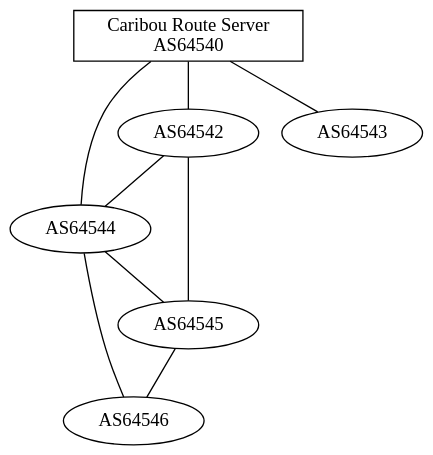
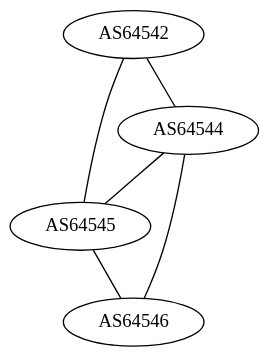
One commit to GLaNET/resources changed the diagram in as-graph.dot. Above: the diagram before and after it, drawn with Graphviz.

Commit message:
glanet: updating AS graph

```diff
--- a/as-graph.dot
+++ b/as-graph.dot
@@ -1,19 +1,19 @@
 graph GLaNET
 {
         edge [len=2];
         graph [bgcolor=transparent]
 
-        AS64540 [shape=box];
-        AS64540 [label="Caribou Route Server\nAS64540"];
-        AS64540 -- AS64542;
-        AS64540 -- AS64544;
-        AS64540 -- AS64543;
+        //AS64540 [shape=box];
+        //AS64540 [label="Caribou Route Server\nAS64540"];
+        //AS64540 -- AS64542;
+        //AS64540 -- AS64544;
+        //AS64540 -- AS64543;
 
         AS64542 -- AS64544; // [label="1"];
         AS64542 -- AS64545;
 
 	AS64544 -- AS64545;
         AS64544 -- AS64546;
 
 	AS64545 -- AS64546;
 }
```
